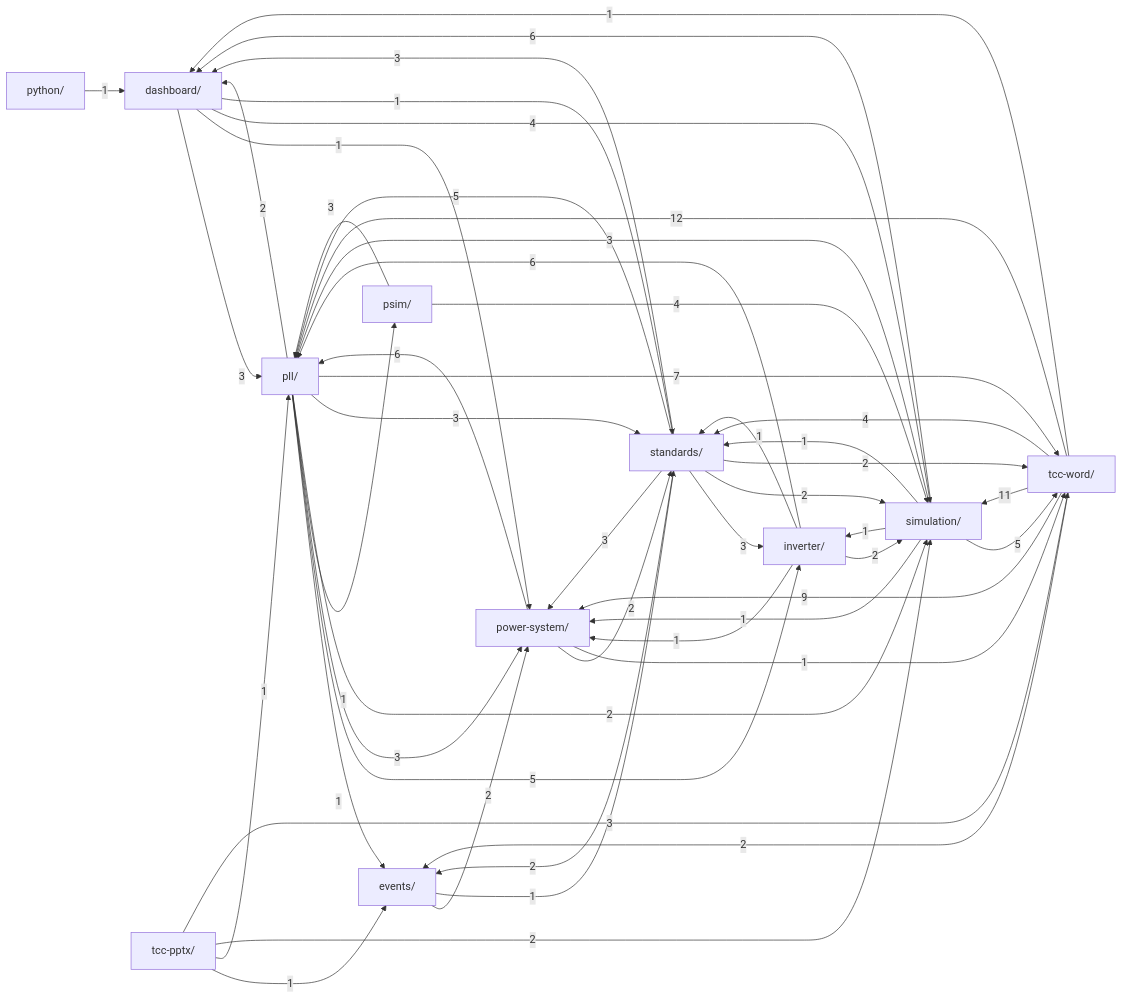
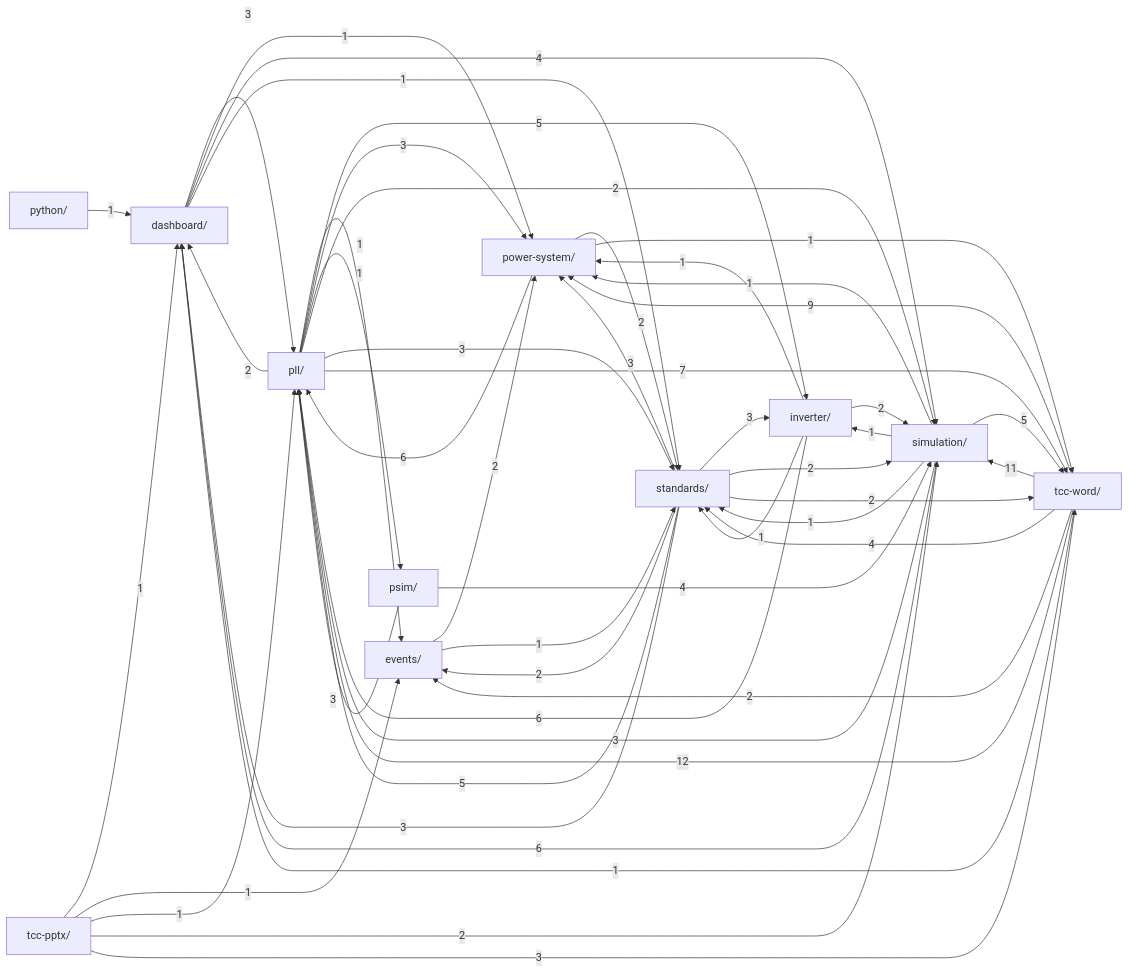
Before and after one commit to GGHB0/pll_stability_9bus: the diagram in .claude/kb/grafo.md, drawn with Mermaid. The commit also changed 11 other files, not shown here.

````diff
--- a/.claude/kb/grafo.md
+++ b/.claude/kb/grafo.md
@@ -12,61 +12,62 @@
 ```mermaid
 graph LR
     dashboard["dashboard/"]
     events["events/"]
     inverter["inverter/"]
     pll["pll/"]
     power_system["power-system/"]
     psim["psim/"]
     python["python/"]
     simulation["simulation/"]
     standards["standards/"]
     tcc_pptx["tcc-pptx/"]
     tcc_word["tcc-word/"]
     dashboard -->|3| pll
     dashboard -->|1| power_system
     dashboard -->|4| simulation
     dashboard -->|1| standards
     events -->|2| power_system
     events -->|1| standards
     inverter -->|6| pll
     inverter -->|1| power_system
     inverter -->|2| simulation
     inverter -->|1| standards
     pll -->|2| dashboard
     pll -->|1| events
     pll -->|5| inverter
     pll -->|3| power_system
     pll -->|1| psim
     pll -->|2| simulation
     pll -->|3| standards
     pll -->|7| tcc_word
     power_system -->|6| pll
     power_system -->|2| standards
     power_system -->|1| tcc_word
     psim -->|3| pll
     psim -->|4| simulation
     python -->|1| dashboard
     simulation -->|6| dashboard
     simulation -->|1| inverter
     simulation -->|3| pll
     simulation -->|1| power_system
     simulation -->|1| standards
     simulation -->|5| tcc_word
     standards -->|3| dashboard
     standards -->|2| events
     standards -->|3| inverter
     standards -->|5| pll
     standards -->|3| power_system
     standards -->|2| simulation
     standards -->|2| tcc_word
+    tcc_pptx -->|1| dashboard
     tcc_pptx -->|1| events
     tcc_pptx -->|1| pll
     tcc_pptx -->|2| simulation
     tcc_pptx -->|3| tcc_word
     tcc_word -->|1| dashboard
     tcc_word -->|2| events
     tcc_word -->|12| pll
     tcc_word -->|9| power_system
     tcc_word -->|11| simulation
     tcc_word -->|4| standards
 ```
````
